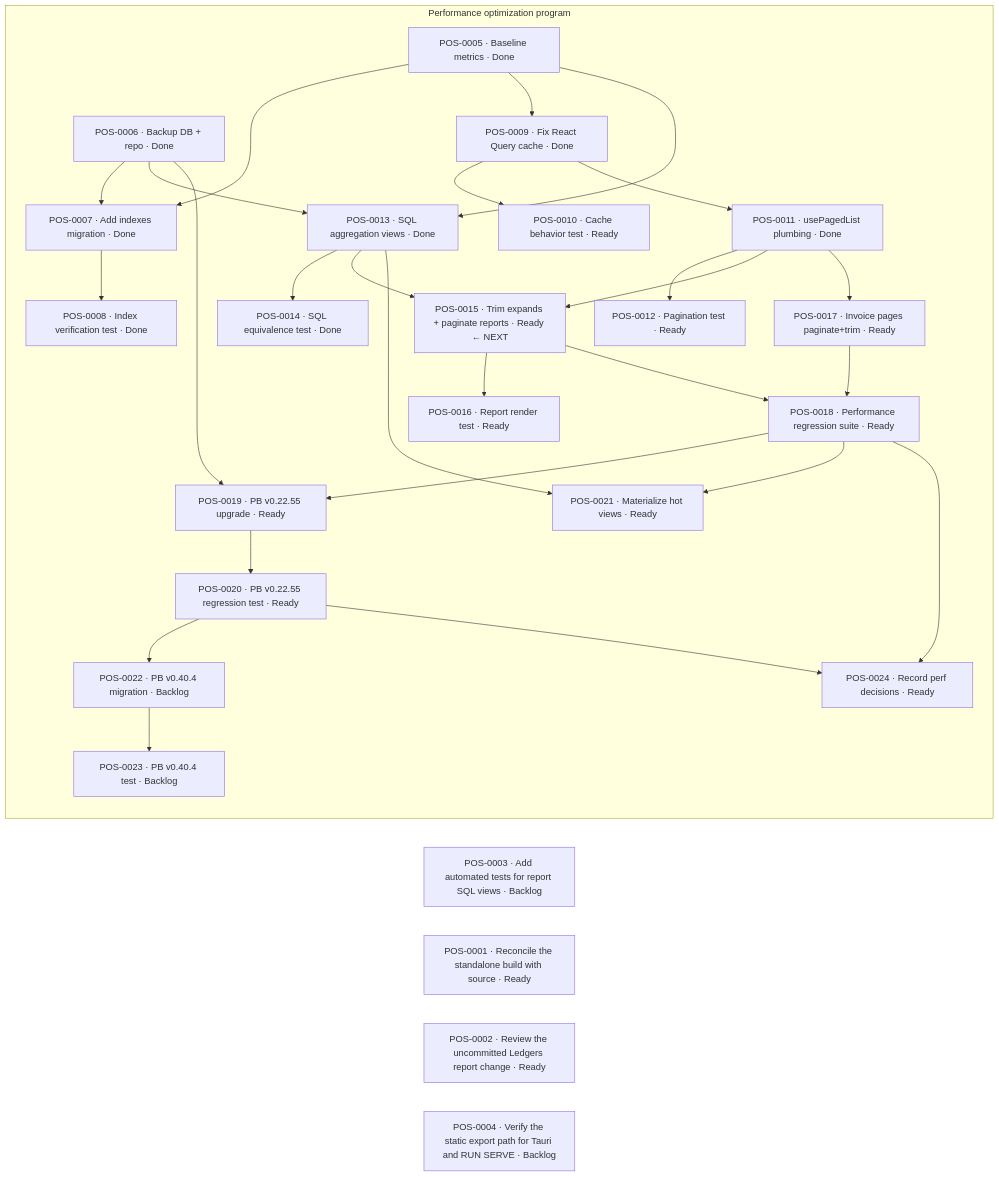
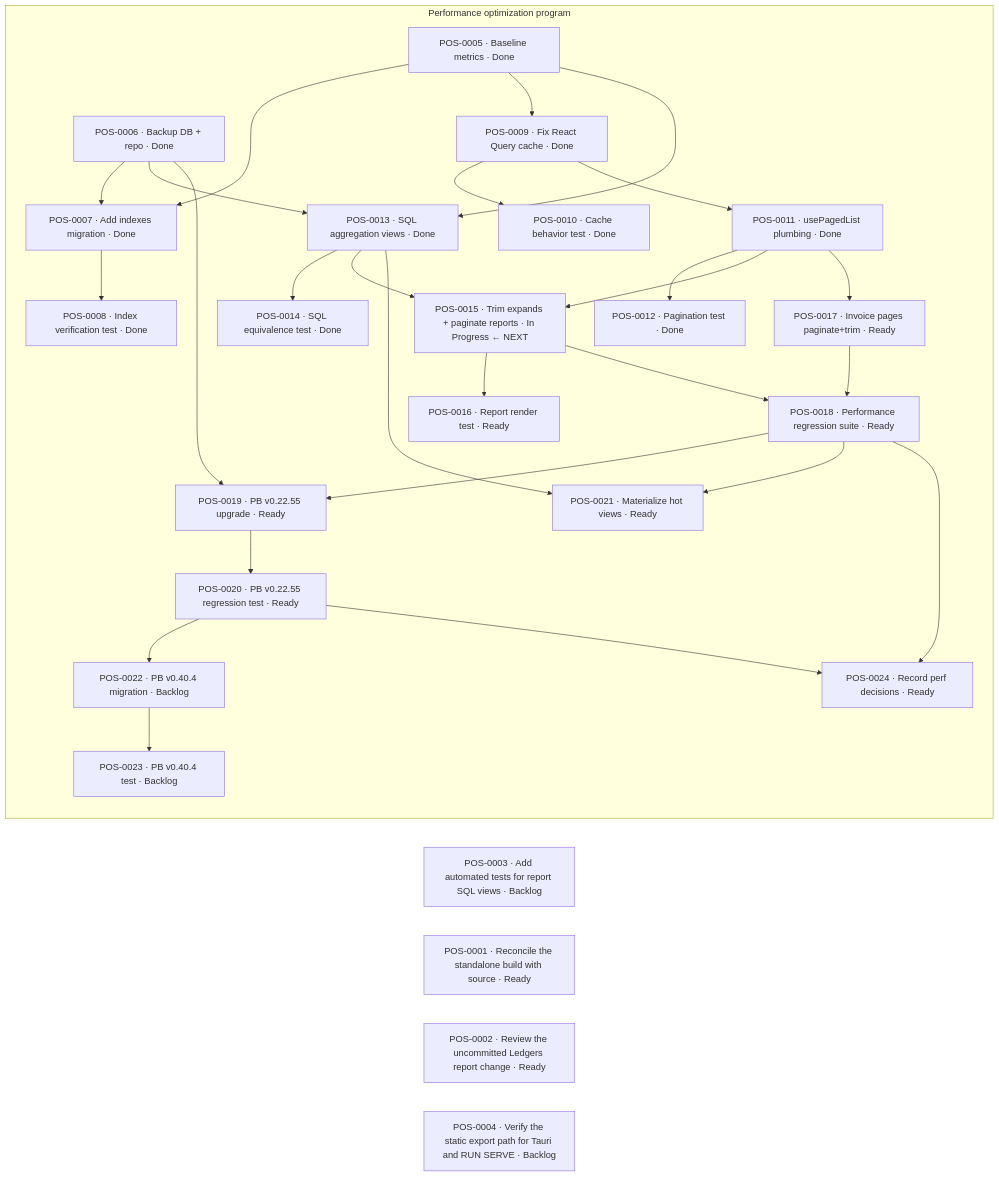
One commit to abdulhakam/aa_point_of_sale changed the second of 2 diagrams in vault/projects/aa-point-of-sale.md. Above: the diagram before and after it, drawn with Mermaid. The commit also changed other lines of this file and 17 other files, not shown here.

First line of the commit message:
POS-0015 expand trim + POS-0010/0012 verification tests

````diff
--- a/vault/projects/aa-point-of-sale.md
+++ b/vault/projects/aa-point-of-sale.md
@@ -128,56 +132,56 @@
 ```mermaid
 flowchart LR
   T1["POS-0003 · Add automated tests for report SQL views · Backlog"]
   T2["POS-0001 · Reconcile the standalone build with source · Ready"]
   T3["POS-0002 · Review the uncommitted Ledgers report change · Ready"]
   T4["POS-0004 · Verify the static export path for Tauri and RUN SERVE · Backlog"]
 
   subgraph PERF["Performance optimization program"]
     P5["POS-0005 · Baseline metrics · Done"]
     P6["POS-0006 · Backup DB + repo · Done"]
     P7["POS-0007 · Add indexes migration · Done"]
     P8["POS-0008 · Index verification test · Done"]
     P9["POS-0009 · Fix React Query cache · Done"]
-    P10["POS-0010 · Cache behavior test · Ready"]
+    P10["POS-0010 · Cache behavior test · Done"]
     P11["POS-0011 · usePagedList plumbing · Done"]
-    P12["POS-0012 · Pagination test · Ready"]
+    P12["POS-0012 · Pagination test · Done"]
     P13["POS-0013 · SQL aggregation views · Done"]
     P14["POS-0014 · SQL equivalence test · Done"]
-    P15["POS-0015 · Trim expands + paginate reports · Ready ← NEXT"]
+    P15["POS-0015 · Trim expands + paginate reports · In Progress ← NEXT"]
     P16["POS-0016 · Report render test · Ready"]
     P17["POS-0017 · Invoice pages paginate+trim · Ready"]
     P18["POS-0018 · Performance regression suite · Ready"]
     P19["POS-0019 · PB v0.22.55 upgrade · Ready"]
     P20["POS-0020 · PB v0.22.55 regression test · Ready"]
     P21["POS-0021 · Materialize hot views · Ready"]
     P22["POS-0022 · PB v0.40.4 migration · Backlog"]
     P23["POS-0023 · PB v0.40.4 test · Backlog"]
     P24["POS-0024 · Record perf decisions · Ready"]
   end
 
   P5 --> P7
   P6 --> P7
   P7 --> P8
   P5 --> P9
   P9 --> P10
   P9 --> P11
   P11 --> P12
   P5 --> P13
   P6 --> P13
   P13 --> P14
   P11 --> P15
   P13 --> P15
   P15 --> P16
   P11 --> P17
   P15 --> P18
   P17 --> P18
   P6 --> P19
   P18 --> P19
   P19 --> P20
   P13 --> P21
   P18 --> P21
   P20 --> P22
   P22 --> P23
   P18 --> P24
   P20 --> P24
 ```
````
